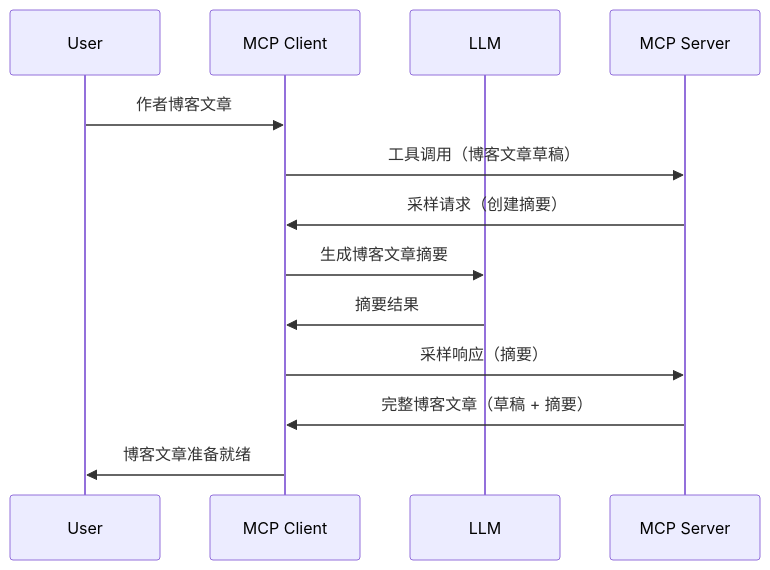
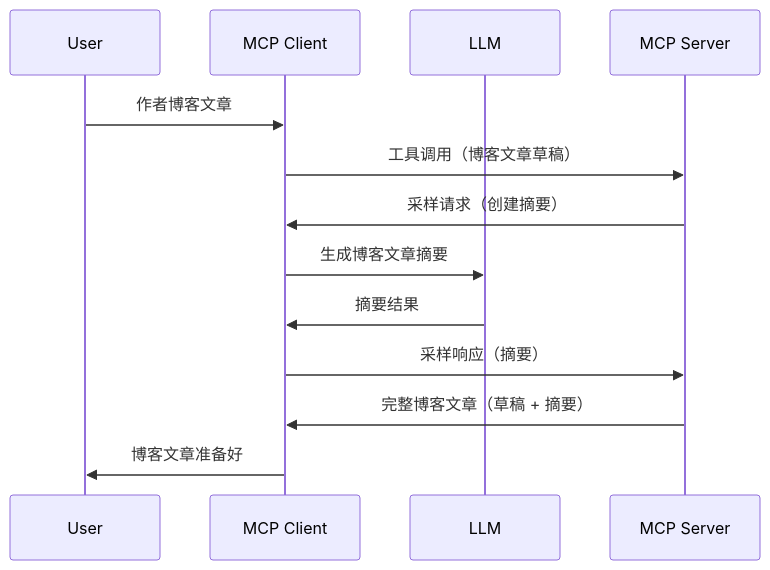
The diagram in mcp_ecosystem__model_context_protocol/mcp_learning_resources/mcp-for-beginners/translations/zh-CN/03-GettingStarted/14-sampling/README.md (HIDORAKAI002/ai-workspace-archive), drawn with Mermaid before and after one commit. The commit also changed other lines of this file and 5721 other files, not shown here.

````diff
--- a/mcp_ecosystem__model_context_protocol/mcp_learning_resources/mcp-for-beginners/translations/zh-CN/03-GettingStarted/14-sampling/README.md
+++ b/mcp_ecosystem__model_context_protocol/mcp_learning_resources/mcp-for-beginners/translations/zh-CN/03-GettingStarted/14-sampling/README.md
@@ -25,16 +27,16 @@
 ```mermaid
 sequenceDiagram
     participant User
     participant MCP Client
     participant LLM
     participant MCP Server
 
     User->>MCP Client: 作者博客文章
     MCP Client->>MCP Server: 工具调用（博客文章草稿）
     MCP Server->>MCP Client: 采样请求（创建摘要）
     MCP Client->>LLM: 生成博客文章摘要
     LLM->>MCP Client: 摘要结果
     MCP Client->>MCP Server: 采样响应（摘要）
     MCP Server->>MCP Client: 完整博客文章（草稿 + 摘要）
-    MCP Client->>User: 博客文章准备就绪
+    MCP Client->>User: 博客文章准备好
 ```
````
